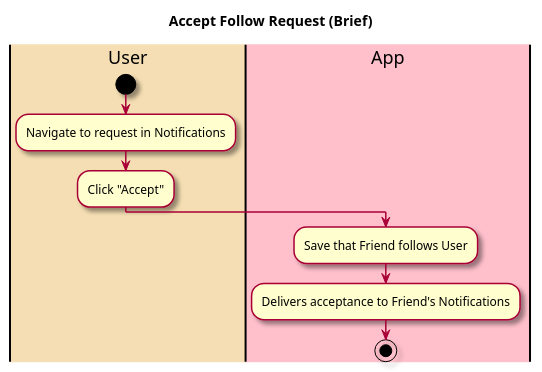
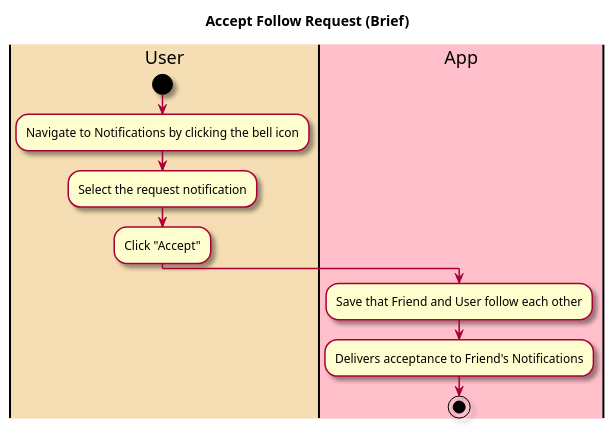
The diagram in intellij/doc/use_cases/accept-follow-request.md (tanwasp/LunchBox-Android), drawn with PlantUML before and after one commit. The commit also changed other lines of this file and 7 other files, not shown here.

````diff
--- a/intellij/doc/use_cases/accept-follow-request.md
+++ b/intellij/doc/use_cases/accept-follow-request.md
@@ -23,22 +23,23 @@
 ```plantuml
 @startuml
 
 skin rose
 
 title Accept Follow Request (Brief)
 
 |#wheat|User|
 |#pink|App|
 
 |User|
 start
-:Navigate to request in Notifications;
+:Navigate to Notifications by clicking the bell icon;
+:Select the request notification;
 :Click "Accept";
 
 |App|
-:Save that Friend follows User;
+:Save that Friend and User follow each other;
 :Delivers acceptance to Friend's Notifications;
 
 stop
 @enduml
 ```
````
